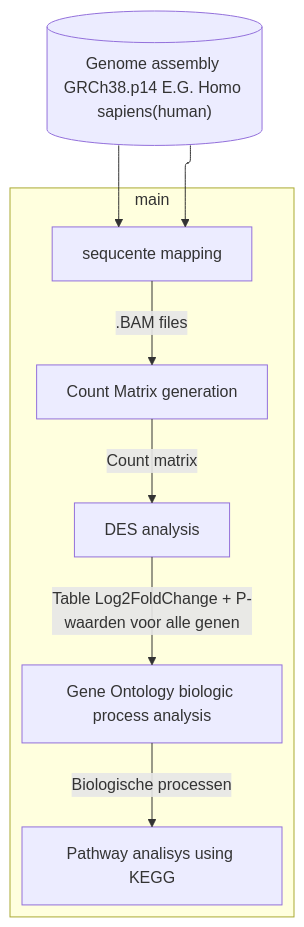
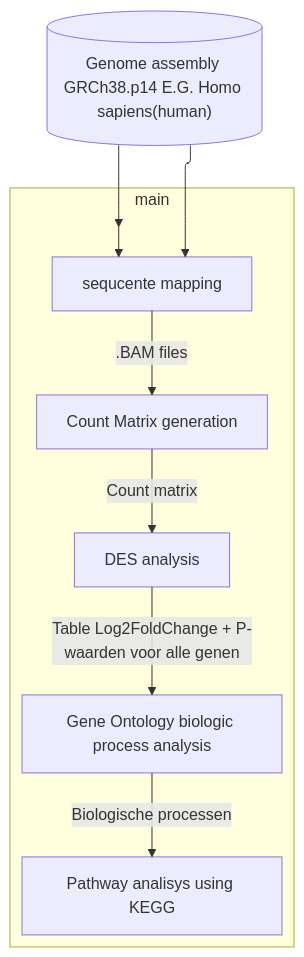
Before and after one commit to Quantum-Coder826/J2P4casusTranscriptomics: the diagram in README.md, drawn with Mermaid.

Commit message:
moved links

````diff
--- a/README.md
+++ b/README.md
@@ -38,30 +38,30 @@
 ```mermaid
 flowchart-elk TD;
   
   HG38[("Genome assembly GRCh38.p14 E.G. Homo sapiens(human)")] --> seq_map
-  HG38 --> seq_map;
+  HG38 --> hidden;
   
   click HG38 "https://www.ncbi.nlm.nih.gov/datasets/genome/GCF_000001405.40/";
   
   subgraph main;
     direction LR;
     
-    hidden:::hidden;
+    hidden:::hidden --> seq_map;
     
     seq_map[sequcente mapping] -->|".BAM files"| matrix;
     matrix[Count Matrix generation] -->|"Count matrix"| data_ana;
     data_ana[DES analysis] -->|"Table Log2FoldChange + P-waarden voor alle genen"| GO_ana;
     GO_ana[Gene Ontology biologic process analysis] -->|"Biologische processen"| KEGG_ana;
     KEGG_ana[Pathway analisys using KEGG];
     
   end;
   
   click seq_map "https://github.com/Quantum-Coder826/J2P4casusTranscriptomics/blob/main/scripts/seq_mapping.R";
   click matrix "https://github.com/Quantum-Coder826/J2P4casusTranscriptomics/blob/main/scripts/count_matrix.R";
   click data_ana "https://github.com/Quantum-Coder826/J2P4casusTranscriptomics/blob/main/scripts/data_ana.R";
   click GO_ana "https://github.com/Quantum-Coder826/J2P4casusTranscriptomics/blob/main/scripts/GO_analysis.R";
   click KEGG_ana "https://github.com/Quantum-Coder826/J2P4casusTranscriptomics/blob/main/scripts/KEGG_analysis.R";
   
   classDef hidden display: none;
 
 ```
````
